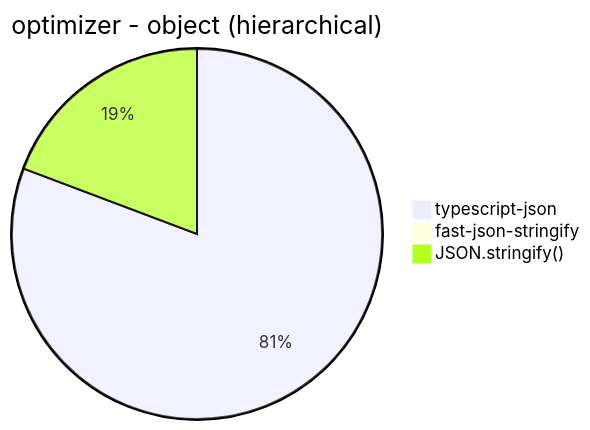
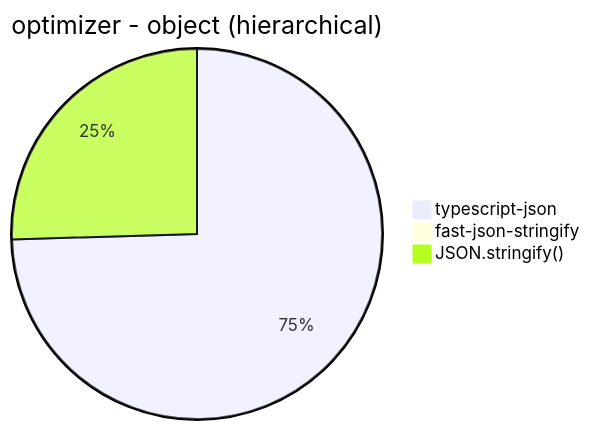
Diagram 16 of 30 in benchmark/results/AMD Ryzen 7 5800H with Radeon Graphics         .md (samchon/typia), drawn with Mermaid before and after one commit. The commit also changed other lines of this file, not shown here.

````diff
--- a/benchmark/results/AMD Ryzen 7 5800H with Radeon Graphics         .md
+++ b/benchmark/results/AMD Ryzen 7 5800H with Radeon Graphics         .md
@@ -165,6 +165,6 @@
 ```mermaid
 pie title optimizer - object (hierarchical)
-  "typescript-json": 4875.0696120289585
-  "fast-json-stringify": 1.4676206200697122
-  "JSON.stringify()": 1162.8918282297518
+  "typescript-json": 4266.233766233767
+  "fast-json-stringify": 1.0789426362165078
+  "JSON.stringify()": 1457.4007899191272
 ```
````
